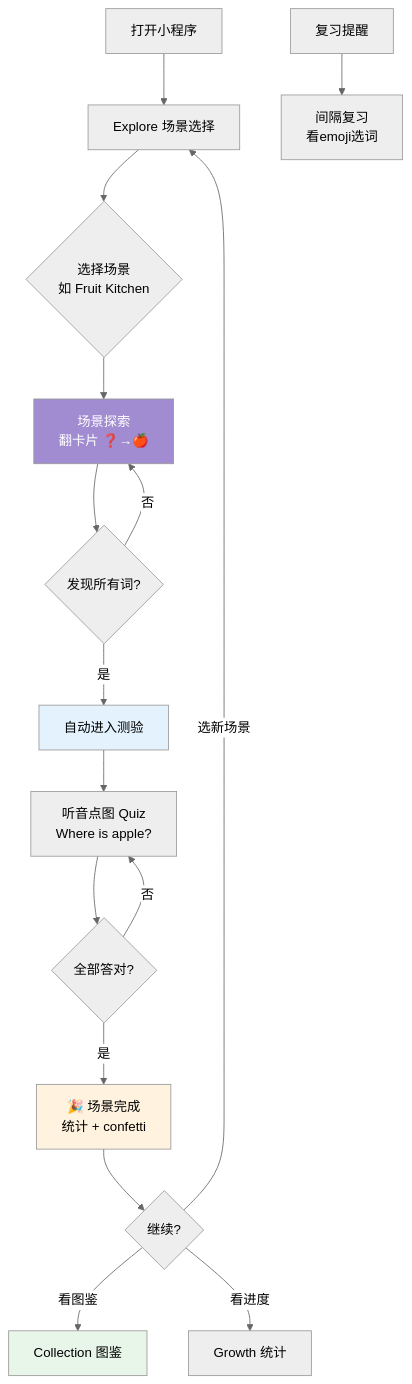
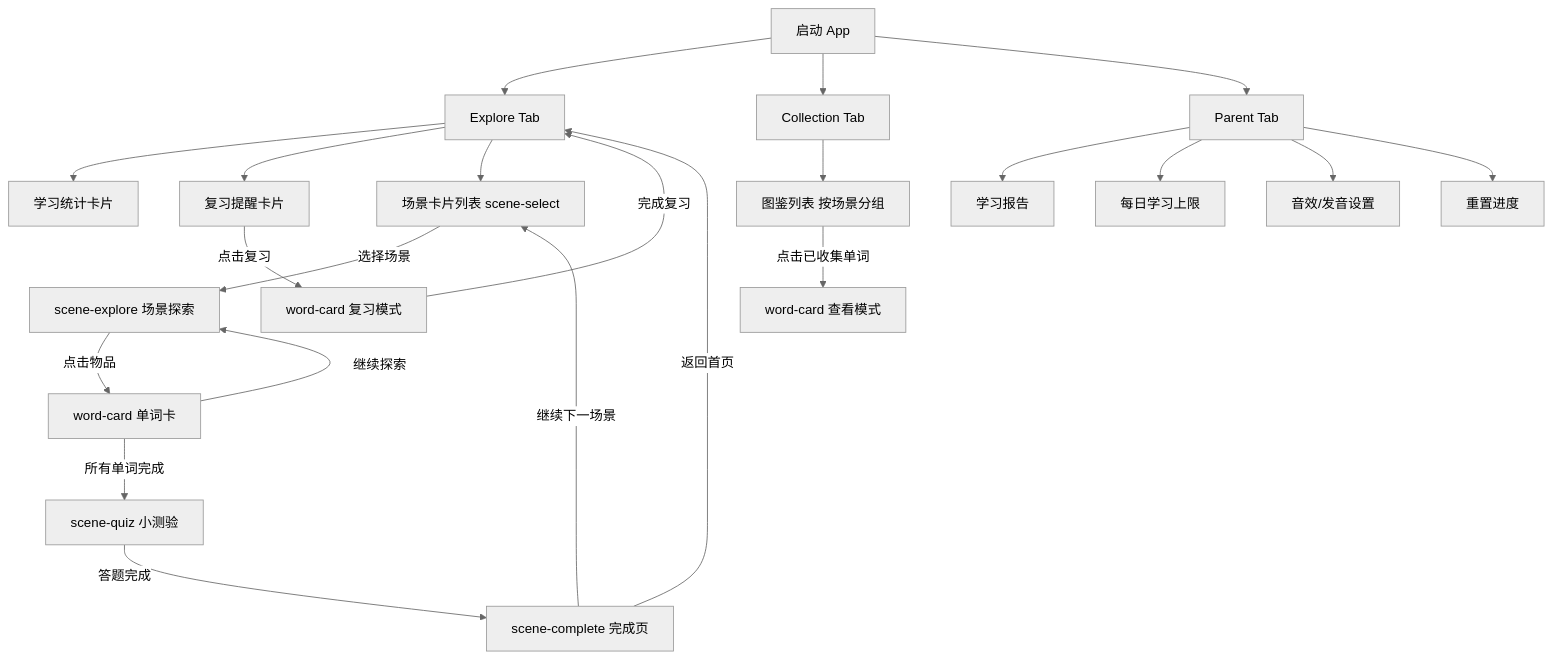
The diagram in design-v5.md (leimiaomiao/kidstart-preview), drawn with Mermaid (neutral theme) before and after one commit. The commit also changed other lines of this file, not shown here.

````diff
--- a/design-v5.md
+++ b/design-v5.md
@@ -36,24 +35,28 @@
 ```mermaid
 flowchart TD
-    A[打开小程序] --> B[Explore 场景选择]
-    B --> C{选择场景<br/>如 Fruit Kitchen}
-    C --> D[场景探索<br/>翻卡片 ❓→🍎]
-    D --> E{发现所有词?}
-    E -- 否 --> D
-    E -- 是 --> F[自动进入测验]
-    F --> G[听音点图 Quiz<br/>Where is apple?]
-    G --> H{全部答对?}
-    H -- 否 --> G
-    H -- 是 --> I[🎉 场景完成<br/>统计 + confetti]
-    I --> J{继续?}
-    J -- 选新场景 --> B
-    J -- 看图鉴 --> K[Collection 图鉴]
-    J -- 看进度 --> L[Growth 统计]
+    A[启动 App] --> B[Explore Tab]
+    B --> B1[学习统计卡片]
+    B --> B2[复习提醒卡片]
+    B --> B3[场景卡片列表 scene-select]
 
-    M[复习提醒] --> N[间隔复习<br/>看emoji选词]
-    
-    style D fill:#a18cd1,color:#fff
-    style F fill:#E3F2FD
-    style I fill:#FFF3E0
-    style K fill:#E8F5E9
+    B3 -->|选择场景| C[scene-explore 场景探索]
+    C -->|点击物品| D[word-card 单词卡]
+    D -->|继续探索| C
+    D -->|所有单词完成| E[scene-quiz 小测验]
+    E -->|答题完成| F[scene-complete 完成页]
+    F -->|返回首页| B
+    F -->|继续下一场景| B3
+
+    B2 -->|点击复习| D2[word-card 复习模式]
+    D2 -->|完成复习| B
+
+    A --> G[Collection Tab]
+    G --> G1[图鉴列表 按场景分组]
+    G1 -->|点击已收集单词| D3[word-card 查看模式]
+
+    A --> H[Parent Tab]
+    H --> H1[学习报告]
+    H --> H2[每日学习上限]
+    H --> H3[音效/发音设置]
+    H --> H4[重置进度]
 ```
````
